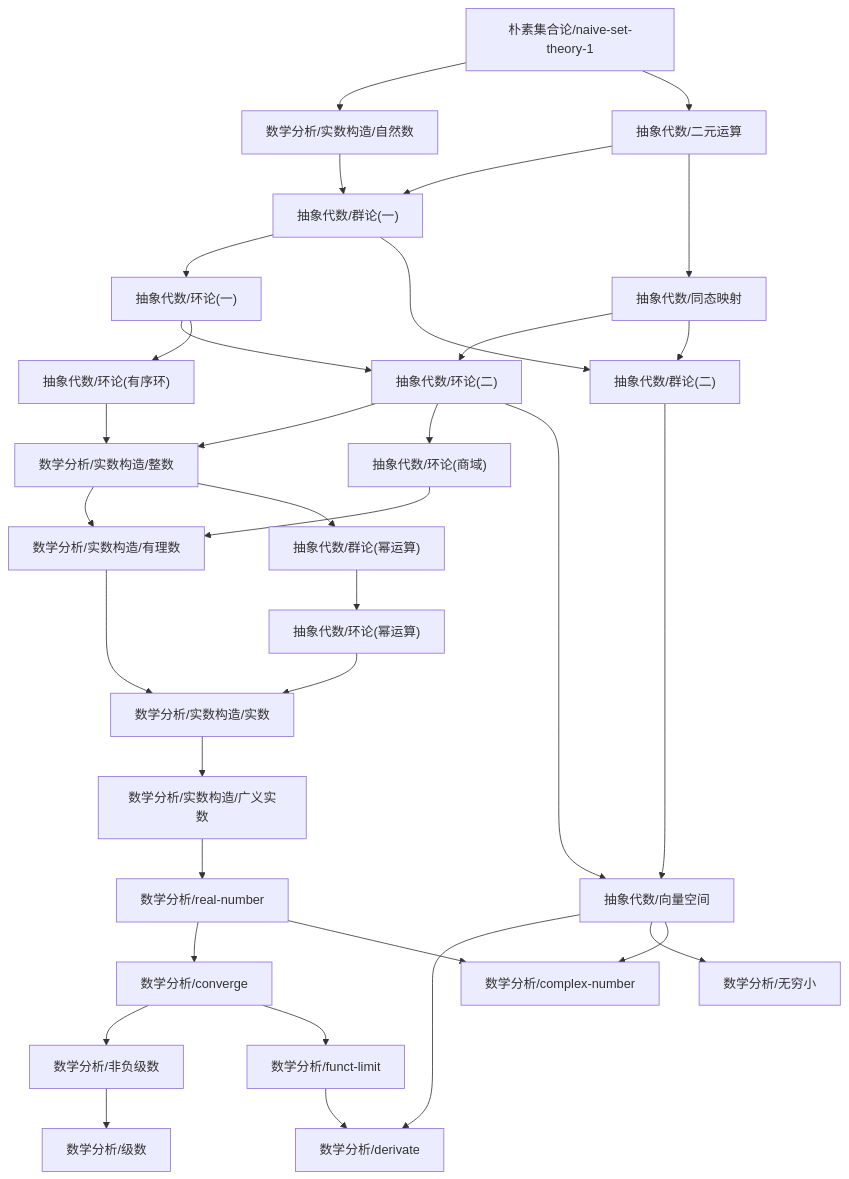
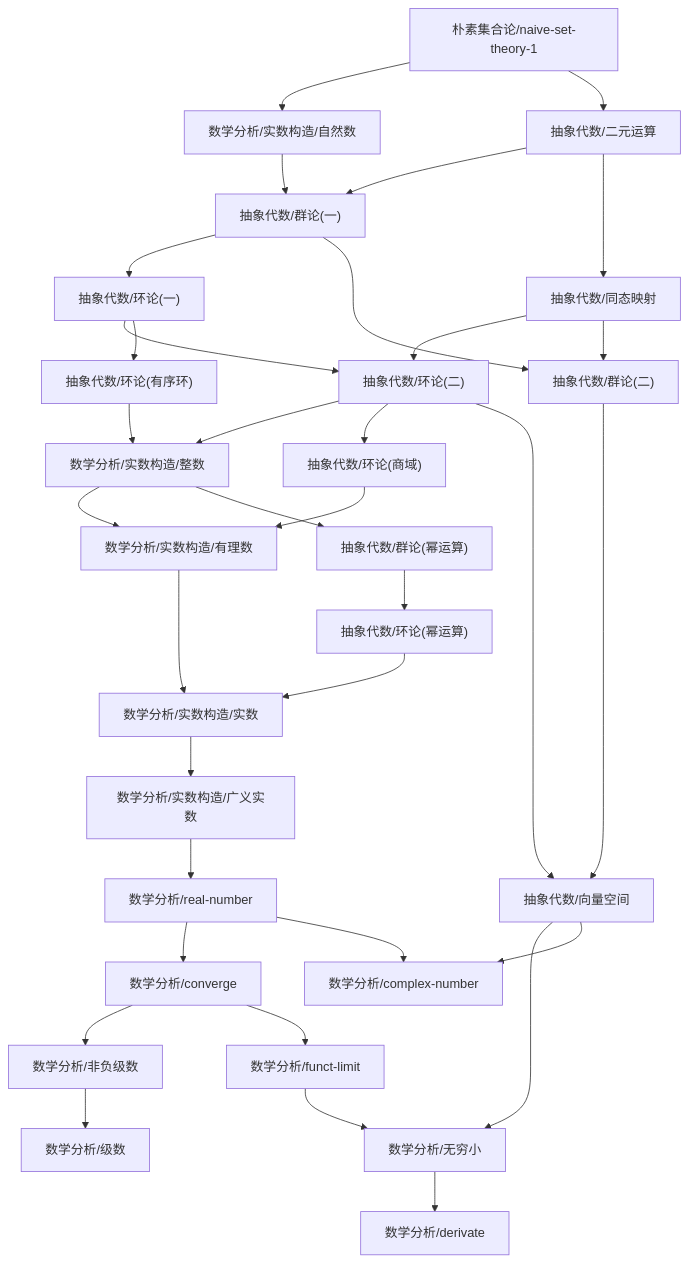
Before and after one commit to zeroDtree/zeroDtree.github.io: the diagram in content/数学分析/dependency_graph.md, drawn with Mermaid. The commit also changed 4 other files, not shown here.

Commit message:
Update workspace configuration by renaming files and adjusting recent file history. Modify links in 'derivate.md' and '无穷小.md' to reflect new prerequisites.

````diff
--- a/content/数学分析/dependency_graph.md
+++ b/content/数学分析/dependency_graph.md
@@ -1,36 +1,36 @@
 ```mermaid
 graph TD
 1["数学分析/非负级数"] --> 0["数学分析/级数"]
-3["抽象代数/向量空间"] --> 2["数学分析/derivate"]
-4["数学分析/funct-limit"] --> 2["数学分析/derivate"]
-6["数学分析/real-number"] --> 5["数学分析/converge"]
-5["数学分析/converge"] --> 1["数学分析/非负级数"]
-3["抽象代数/向量空间"] --> 7["数学分析/无穷小"]
-5["数学分析/converge"] --> 4["数学分析/funct-limit"]
-6["数学分析/real-number"] --> 9["数学分析/complex-number"]
-3["抽象代数/向量空间"] --> 9["数学分析/complex-number"]
-10["数学分析/实数构造/广义实数"] --> 6["数学分析/real-number"]
+3["数学分析/无穷小"] --> 2["数学分析/derivate"]
+5["数学分析/real-number"] --> 4["数学分析/converge"]
+4["数学分析/converge"] --> 1["数学分析/非负级数"]
+6["抽象代数/向量空间"] --> 3["数学分析/无穷小"]
+7["数学分析/funct-limit"] --> 3["数学分析/无穷小"]
+4["数学分析/converge"] --> 7["数学分析/funct-limit"]
+5["数学分析/real-number"] --> 9["数学分析/complex-number"]
+6["抽象代数/向量空间"] --> 9["数学分析/complex-number"]
+10["数学分析/实数构造/广义实数"] --> 5["数学分析/real-number"]
 12["数学分析/实数构造/有理数"] --> 11["数学分析/实数构造/实数"]
 13["抽象代数/环论(幂运算)"] --> 11["数学分析/实数构造/实数"]
 14["数学分析/实数构造/整数"] --> 12["数学分析/实数构造/有理数"]
 15["抽象代数/环论(商域)"] --> 12["数学分析/实数构造/有理数"]
 11["数学分析/实数构造/实数"] --> 10["数学分析/实数构造/广义实数"]
 17["朴素集合论/naive-set-theory-1"] --> 16["数学分析/实数构造/自然数"]
 18["抽象代数/环论(二)"] --> 14["数学分析/实数构造/整数"]
 19["抽象代数/环论(有序环)"] --> 14["数学分析/实数构造/整数"]
 20["抽象代数/环论(一)"] --> 18["抽象代数/环论(二)"]
 21["抽象代数/同态映射"] --> 18["抽象代数/环论(二)"]
 20["抽象代数/环论(一)"] --> 19["抽象代数/环论(有序环)"]
 22["抽象代数/群论(一)"] --> 20["抽象代数/环论(一)"]
 16["数学分析/实数构造/自然数"] --> 22["抽象代数/群论(一)"]
 23["抽象代数/二元运算"] --> 22["抽象代数/群论(一)"]
 17["朴素集合论/naive-set-theory-1"] --> 23["抽象代数/二元运算"]
 23["抽象代数/二元运算"] --> 21["抽象代数/同态映射"]
 18["抽象代数/环论(二)"] --> 15["抽象代数/环论(商域)"]
 24["抽象代数/群论(幂运算)"] --> 13["抽象代数/环论(幂运算)"]
 14["数学分析/实数构造/整数"] --> 24["抽象代数/群论(幂运算)"]
-25["抽象代数/群论(二)"] --> 3["抽象代数/向量空间"]
-18["抽象代数/环论(二)"] --> 3["抽象代数/向量空间"]
+25["抽象代数/群论(二)"] --> 6["抽象代数/向量空间"]
+18["抽象代数/环论(二)"] --> 6["抽象代数/向量空间"]
 22["抽象代数/群论(一)"] --> 25["抽象代数/群论(二)"]
 21["抽象代数/同态映射"] --> 25["抽象代数/群论(二)"]
 ```
````
